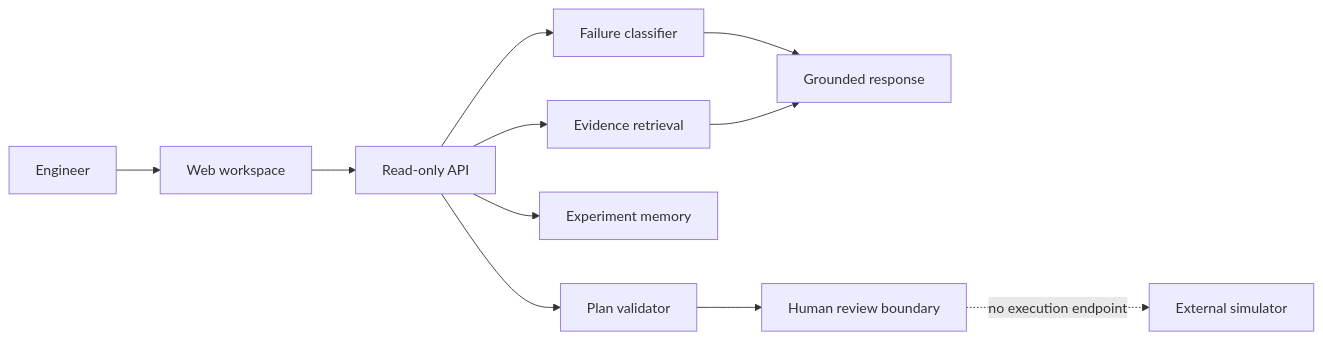
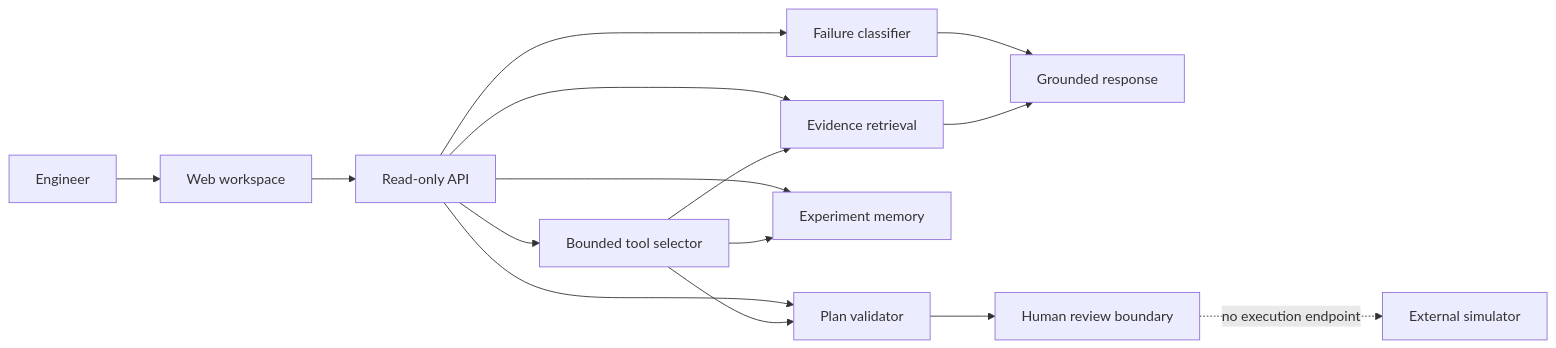
Before and after one commit to tianjing111/semiconductor-simulation-copilot: the diagram in README.md, drawn with Mermaid. The commit also changed other lines of this file and 21 other files, not shown here.

Commit message:
Add bounded agent tool orchestration

````diff
--- a/README.md
+++ b/README.md
@@ -52,13 +79,17 @@
 ```mermaid
 flowchart LR
     U[Engineer] --> UI[Web workspace]
     UI --> API[Read-only API]
     API --> D[Failure classifier]
     API --> R[Evidence retrieval]
     API --> M[Experiment memory]
     API --> P[Plan validator]
+    API --> A[Bounded tool selector]
+    A --> R
+    A --> M
+    A --> P
     D --> G[Grounded response]
     R --> G
     P --> H[Human review boundary]
     H -. no execution endpoint .-> X[External simulator]
 ```
````
